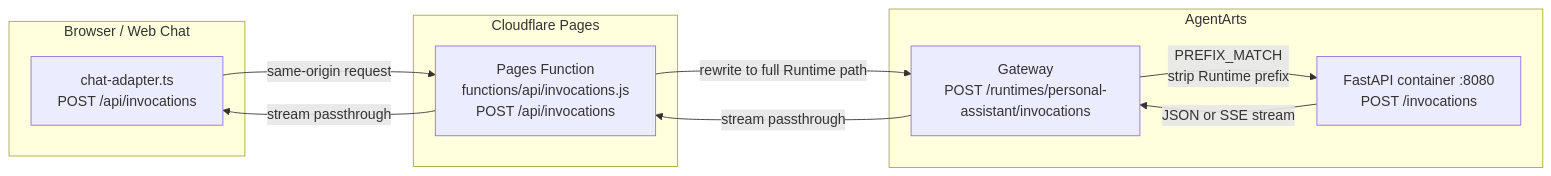
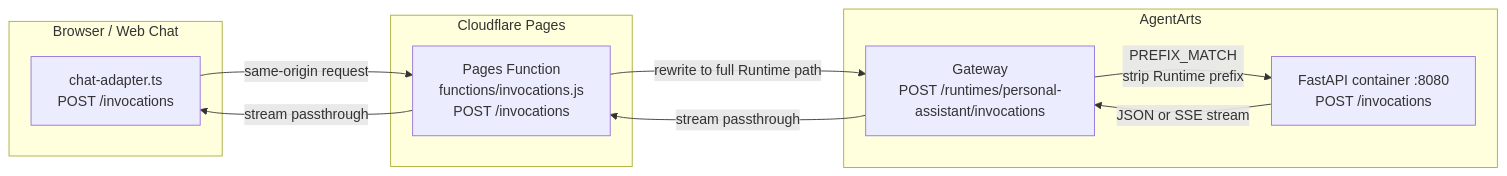
The first of 2 diagrams in personal-assistant-meta/architecture/api.md (T-1009/personal-assistant), drawn with Mermaid before and after one commit. The commit also changed other lines of this file and 15 other files, not shown here.

First line of the commit message:
refactor: flatten API path to /invocations by removing /api prefix from Cloudflare Pages Function and client URL construction

````diff
--- a/personal-assistant-meta/architecture/api.md
+++ b/personal-assistant-meta/architecture/api.md
@@ -11,22 +11,22 @@
 ```mermaid
 flowchart LR
     subgraph Browser["Browser / Web Chat"]
-        Client["chat-adapter.ts<br/>POST /api/invocations"]
+        Client["chat-adapter.ts<br/>POST /invocations"]
     end
 
     subgraph Cloudflare["Cloudflare Pages"]
-        Function["Pages Function<br/>functions/api/invocations.js<br/>POST /api/invocations"]
+        Function["Pages Function<br/>functions/invocations.js<br/>POST /invocations"]
     end
 
     subgraph AgentArts["AgentArts"]
         Gateway["Gateway<br/>POST /runtimes/personal-assistant/invocations"]
         Container["FastAPI container :8080<br/>POST /invocations"]
     end
 
     Client -->|"same-origin request"| Function
     Function -->|"rewrite to full Runtime path"| Gateway
     Gateway -->|"PREFIX_MATCH<br/>strip Runtime prefix"| Container
     Container -->|"JSON or SSE stream"| Gateway
     Gateway -->|"stream passthrough"| Function
     Function -->|"stream passthrough"| Client
 ```
````
